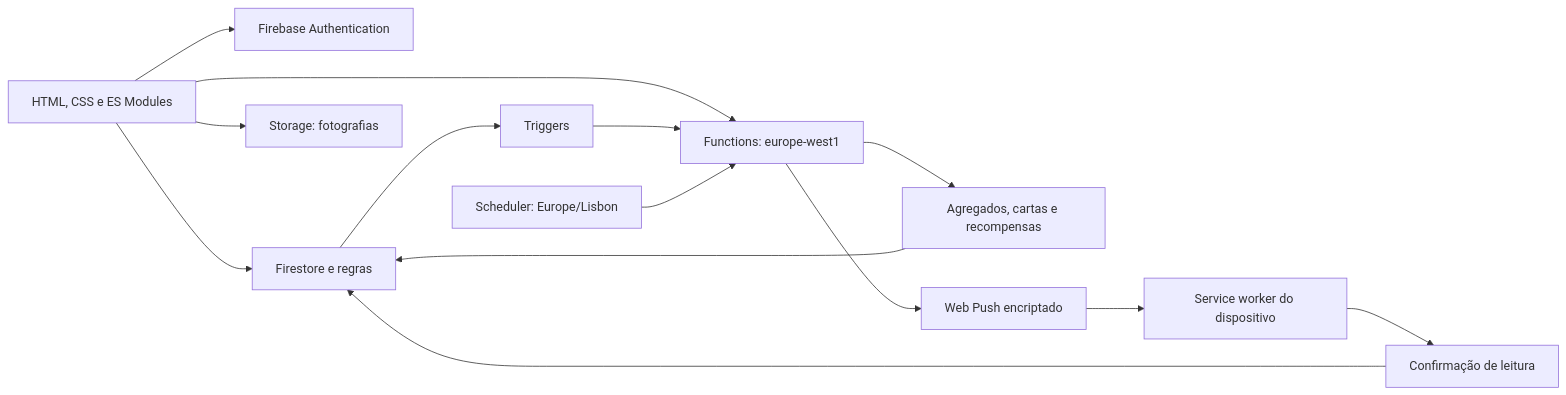
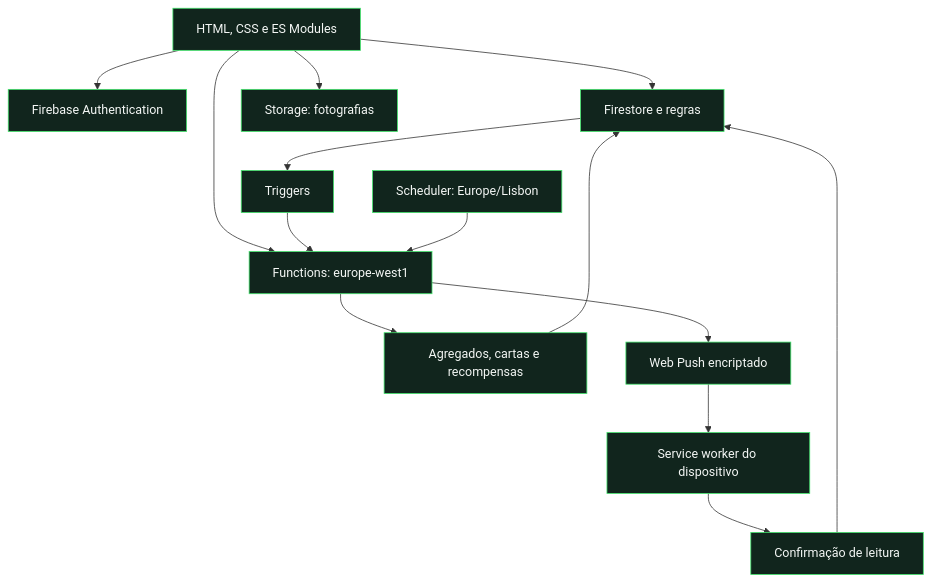
Before and after one commit to MeguminKami/peladinhas-cards: the second of 2 diagrams in docs/reference/architecture.md, drawn with Mermaid. The commit also changed other lines of this file and 13 other files, not shown here.

````diff
--- a/docs/reference/architecture.md
+++ b/docs/reference/architecture.md
@@ -40,16 +78,17 @@
 ```mermaid
-flowchart LR
+flowchart TB
+    classDef default fill:#11251d,stroke:#42e66c,color:#f4f7f5,stroke-width:1px;
     UI[HTML, CSS e ES Modules] --> AUTH[Firebase Authentication]
     UI --> DB[Firestore e regras]
     UI --> ST[Storage: fotografias]
     UI --> FN[Functions: europe-west1]
     DB --> TR[Triggers]
     TR --> FN
     SC[Scheduler: Europe/Lisbon] --> FN
     FN --> AG[Agregados, cartas e recompensas]
     AG --> DB
     FN --> PUSH[Web Push encriptado]
     PUSH --> SW[Service worker do dispositivo]
     SW --> ACK[Confirmação de leitura]
     ACK --> DB
 ```
````
